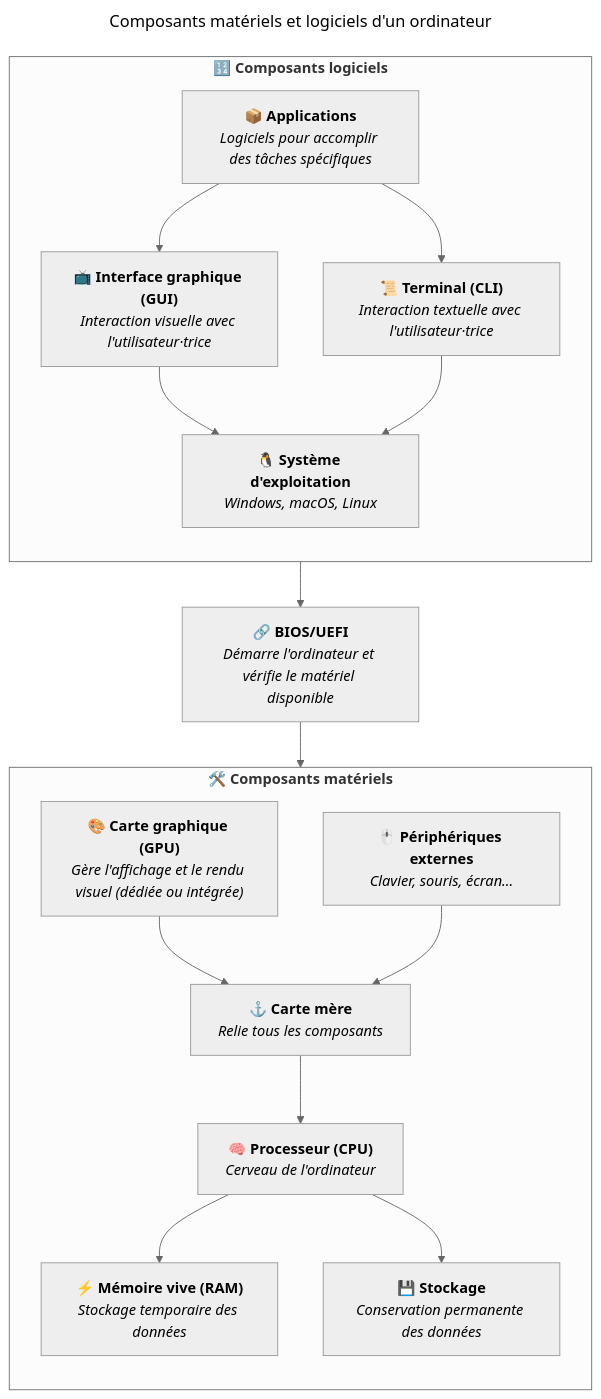
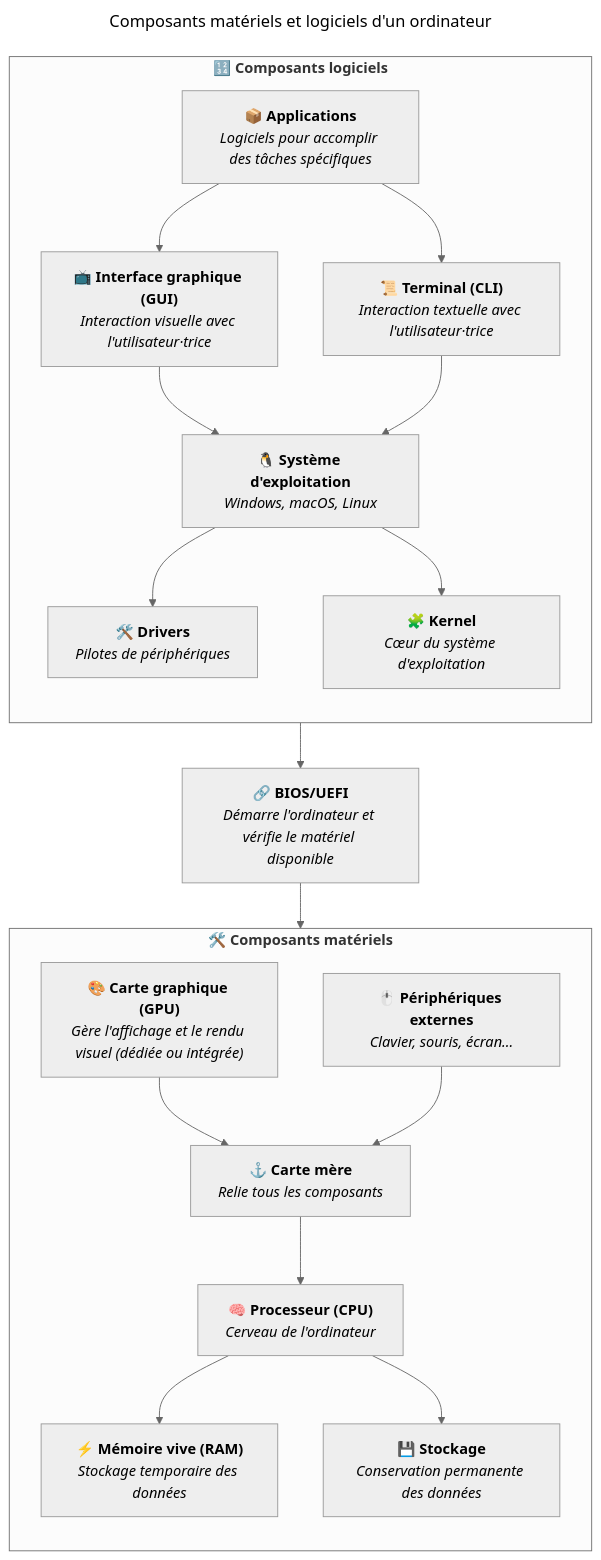
Before and after one commit to heig-vd-upinfo-course/heig-vd-upinfo-course: the diagram in src/content/docs/03-composants-materiels-et-logiciels-dun-ordinateur/01-introduction-et-ressources.mdx, drawn with Mermaid (neutral theme). The commit also changed 52 other files, not shown here.

````diff
--- a/src/content/docs/03-composants-materiels-et-logiciels-dun-ordinateur/01-introduction-et-ressources.mdx
+++ b/src/content/docs/03-composants-materiels-et-logiciels-dun-ordinateur/01-introduction-et-ressources.mdx
@@ -30,71 +30,81 @@
 ```mermaid
 ---
 title: Composants matériels et logiciels d'un ordinateur
 ---
 flowchart
   CPU["`
     **🧠 Processeur (CPU)**
     _Cerveau de l'ordinateur_
   `"]
   RAM["`
     **⚡ Mémoire vive (RAM)**
     _Stockage temporaire des données_
   `"]
   Storage["`
     **💾 Stockage**
     _Conservation permanente des données_
   `"]
   Motherboard["`
     **⚓ Carte mère**
     _Relie tous les composants_
   `"]
   GPU["`
     **🎨 Carte graphique (GPU)**
     _Gère l'affichage et le rendu visuel (dédiée ou intégrée)_
   `"]
   Peripherals["`
     **🖱️ Périphériques externes**
     _Clavier, souris, écran..._
   `"]
   BIOS_UEFI["`
     **🔗 BIOS/UEFI**
     _Démarre l'ordinateur et vérifie le matériel disponible_
   `"]
   OS["`
     **🐧 Système d'exploitation**
     _Windows, macOS, Linux_
   `"]
+  DRIVERS["`
+    **🛠️ Drivers**
+    _Pilotes de périphériques_
+  `"]
+  KERNEL["`
+    **🧩 Kernel**
+    _Cœur du système d'exploitation_
+  `"]
   GUI["`
     **📺 Interface graphique (GUI)**
     _Interaction visuelle avec l'utilisateur·trice_
   `"]
   CLI["`
     **📜 Terminal (CLI)**
     _Interaction textuelle avec l'utilisateur·trice_
   `"]
   Applications["`
     **📦 Applications**
     _Logiciels pour accomplir des tâches spécifiques_
   `"]
 
   subgraph Software["`**🔢 Composants logiciels**`"]
     direction TB
 
+    OS --> DRIVERS
+    OS --> KERNEL
     GUI --> OS
     CLI --> OS
     Applications --> GUI
     Applications --> CLI
   end
 
   subgraph Hardware["`**🛠️ Composants matériels**`"]
     direction TB
 
     CPU --> RAM
     CPU --> Storage
     Motherboard --> CPU
     GPU --> Motherboard
     Peripherals --> Motherboard
   end
 
   Software --> BIOS_UEFI --> Hardware
 ```
````
